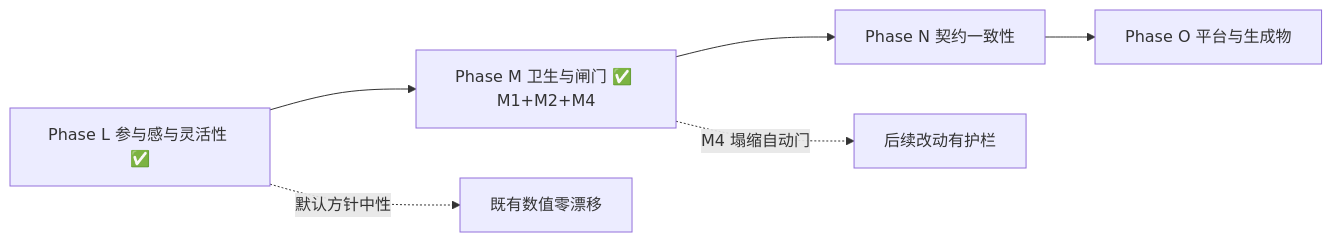
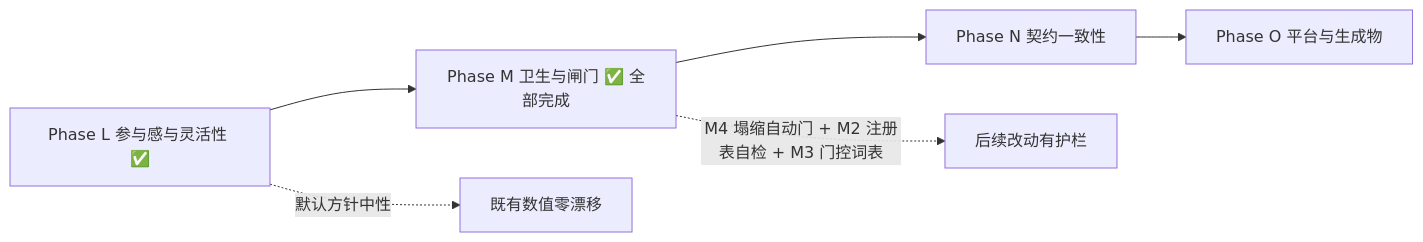
Before and after one commit to reney-0202/a-simple-world-map: the diagram in docs/ROADMAP.md, drawn with Mermaid. The commit also changed other lines of this file and 9 other files, not shown here.

````diff
--- a/docs/ROADMAP.md
+++ b/docs/ROADMAP.md
@@ -248,8 +271,8 @@
 ```mermaid
 graph LR
-  L[Phase L 参与感与灵活性 ✅] --> M[Phase M 卫生与闸门 ✅ M1+M2+M4]
+  L[Phase L 参与感与灵活性 ✅] --> M[Phase M 卫生与闸门 ✅ 全部完成]
   M --> N[Phase N 契约一致性]
   N --> O[Phase O 平台与生成物]
   L -.->|默认方针中性| B1[既有数值零漂移]
-  M -.->|M4 塌缩自动门| B2[后续改动有护栏]
+  M -.->|M4 塌缩自动门 + M2 注册表自检 + M3 门控词表| B2[后续改动有护栏]
 ```
````
